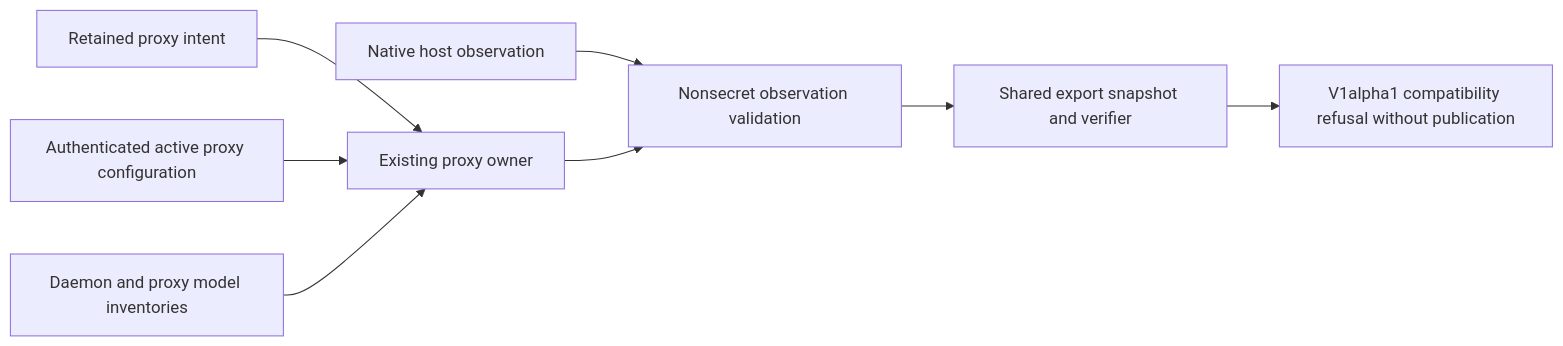
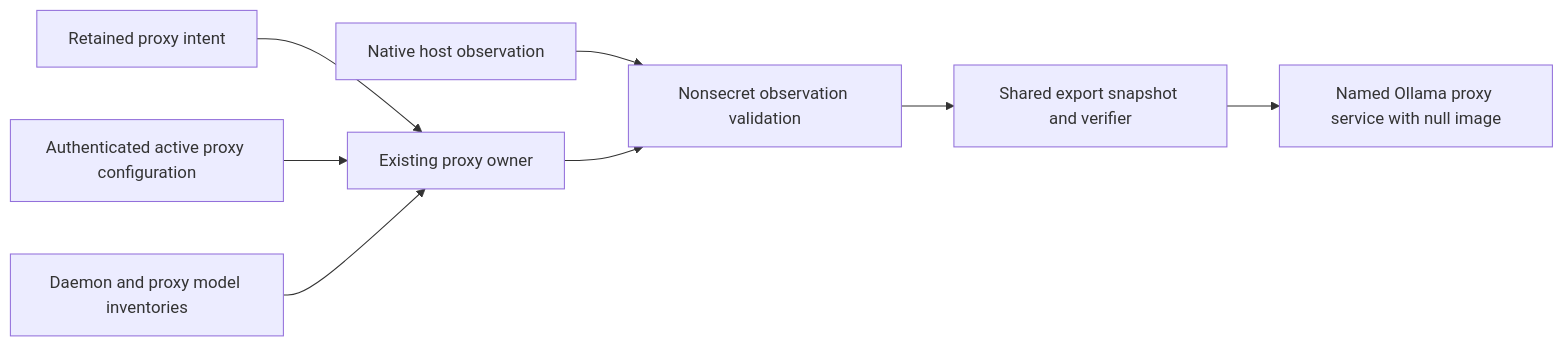
One commit to NVIDIA/NemoClaw changed the diagram in src/lib/inference/README.md. Above: the diagram before and after it, drawn with Mermaid. The commit also changed other lines of this file and 17 other files, not shown here.

Commit message:
feat(config): export local inference service templates

````diff
--- a/src/lib/inference/README.md
+++ b/src/lib/inference/README.md
@@ -43,10 +45,10 @@
 ```mermaid
 flowchart LR
   retained[Retained proxy intent] --> owner[Existing proxy owner]
   active[Authenticated active proxy configuration] --> owner
   models[Daemon and proxy model inventories] --> owner
   host[Native host observation] --> observation[Nonsecret observation validation]
   owner --> observation
   observation --> export[Shared export snapshot and verifier]
-  export --> refusal[V1alpha1 compatibility refusal without publication]
+  export --> service[Named Ollama proxy service with null image]
 ```
````
